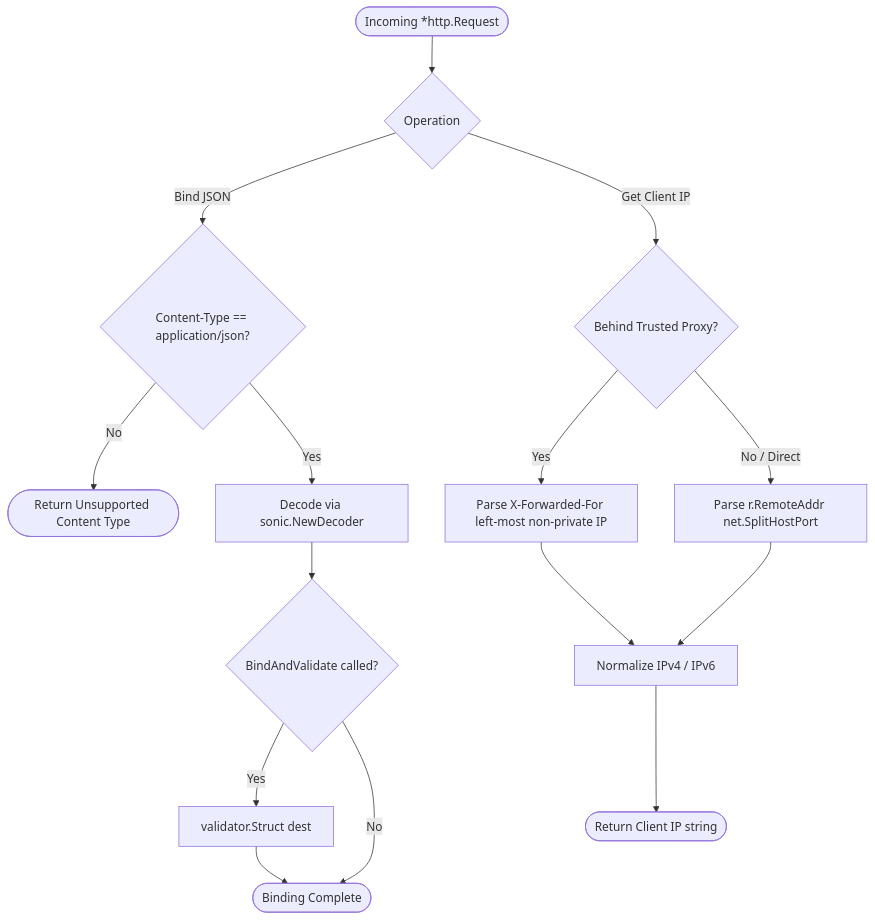
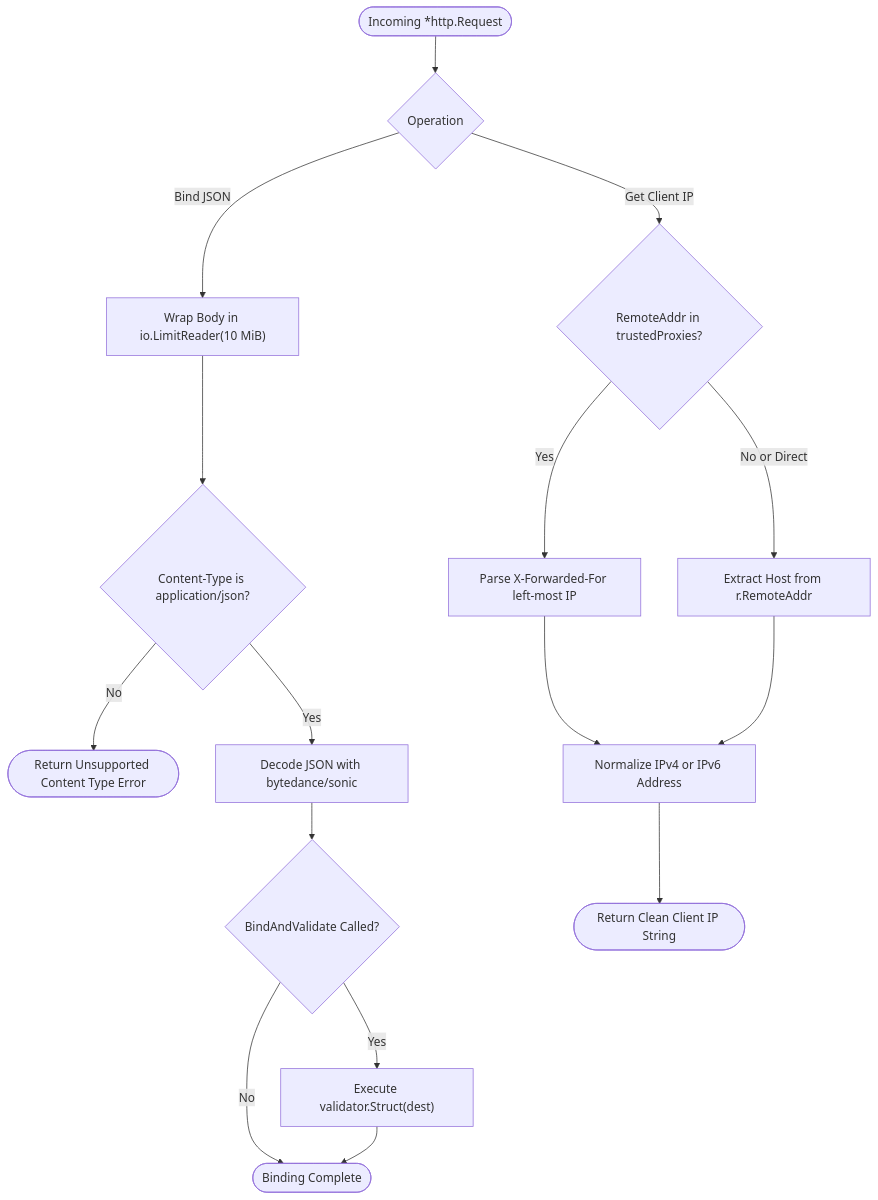
Before and after one commit to Jkenyut/nvx-go-helper: the diagram in request/README.md, drawn with Mermaid. The commit also changed other lines of this file and 46 other files, not shown here.

````diff
--- a/request/README.md
+++ b/request/README.md
@@ -16,18 +9,19 @@
 ```mermaid
 flowchart TD
-    ReqIn([Incoming *http.Request]) --> MethodChoice{Operation}
-    
-    MethodChoice -- Bind JSON --> CheckContentType{Content-Type == application/json?}
-    CheckContentType -- No --> ReturnErrContentType([Return Unsupported Content Type])
-    CheckContentType -- Yes --> SonicDecode[Decode via sonic.NewDecoder]
-    SonicDecode --> BindValidate{BindAndValidate called?}
-    BindValidate -- Yes --> ExecValidator[validator.Struct dest]
-    BindValidate -- No --> FinishBind([Binding Complete])
+    ReqIn(["Incoming *http.Request"]) --> MethodChoice{"Operation"}
+
+    MethodChoice -- Bind JSON --> LimitBody["Wrap Body in io.LimitReader(10 MiB)"]
+    LimitBody --> CheckContentType{"Content-Type is application/json?"}
+    CheckContentType -- No --> ReturnErrContentType(["Return Unsupported Content Type Error"])
+    CheckContentType -- Yes --> SonicDecode["Decode JSON with bytedance/sonic"]
+    SonicDecode --> BindValidate{"BindAndValidate Called?"}
+    BindValidate -- Yes --> ExecValidator["Execute validator.Struct(dest)"]
+    BindValidate -- No --> FinishBind(["Binding Complete"])
     ExecValidator --> FinishBind
 
-    MethodChoice -- Get Client IP --> CheckTrust{Behind Trusted Proxy?}
-    CheckTrust -- Yes --> CheckXFF[Parse X-Forwarded-For left-most non-private IP]
-    CheckTrust -- No / Direct --> CheckRemoteAddr[Parse r.RemoteAddr net.SplitHostPort]
-    CheckXFF & CheckRemoteAddr --> NormalizeIP[Normalize IPv4 / IPv6]
-    NormalizeIP --> ReturnIP([Return Client IP string])
+    MethodChoice -- Get Client IP --> CheckTrust{"RemoteAddr in trustedProxies?"}
+    CheckTrust -- Yes --> CheckXFF["Parse X-Forwarded-For left-most IP"]
+    CheckTrust -- No or Direct --> CheckRemoteAddr["Extract Host from r.RemoteAddr"]
+    CheckXFF & CheckRemoteAddr --> NormalizeIP["Normalize IPv4 or IPv6 Address"]
+    NormalizeIP --> ReturnIP(["Return Clean Client IP String"])
 ```
````
